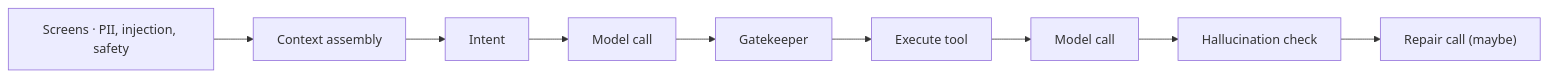
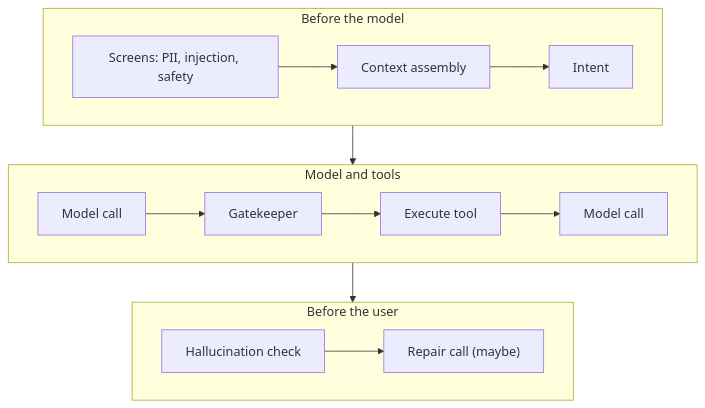
The first of 4 diagrams in content/en/docs/agentic_ai/observability_analytics.md (kk-engineer/robosathi), drawn with Mermaid before and after one commit. The commit also changed other lines of this file and 19 other files, not shown here.

````diff
--- a/content/en/docs/agentic_ai/observability_analytics.md
+++ b/content/en/docs/agentic_ai/observability_analytics.md
@@ -57,4 +59,17 @@
 ```mermaid
-graph LR
-    S["Screens · PII, injection, safety"] --> C[Context assembly] --> I[Intent] --> M1[Model call] --> G[Gatekeeper] --> E[Execute tool] --> M2[Model call] --> H[Hallucination check] --> R["Repair call (maybe)"]
+graph TB
+    subgraph Before ["Before the model"]
+    direction LR
+    S["Screens: PII, injection, safety"] --> C[Context assembly] --> I[Intent]
+    end
+    subgraph Loop ["Model and tools"]
+    direction LR
+    M1[Model call] --> G[Gatekeeper] --> E[Execute tool] --> M2[Model call]
+    end
+    subgraph After ["Before the user"]
+    direction LR
+    H[Hallucination check] --> R["Repair call (maybe)"]
+    end
+    I --> M1
+    M2 --> H
 ```
````
